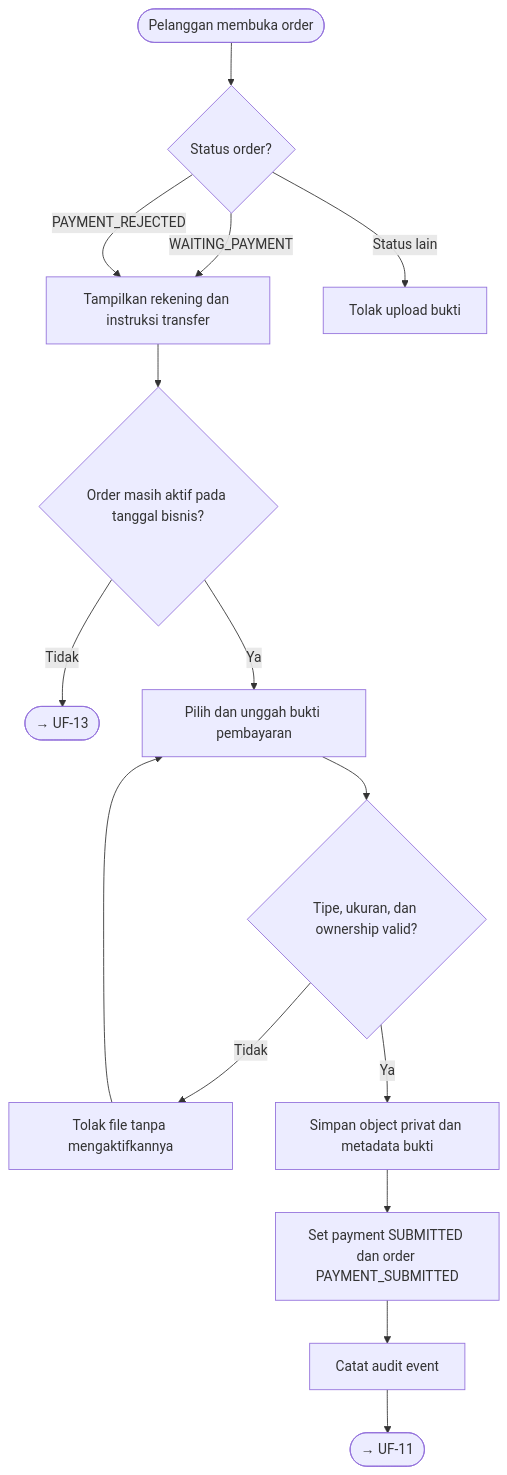
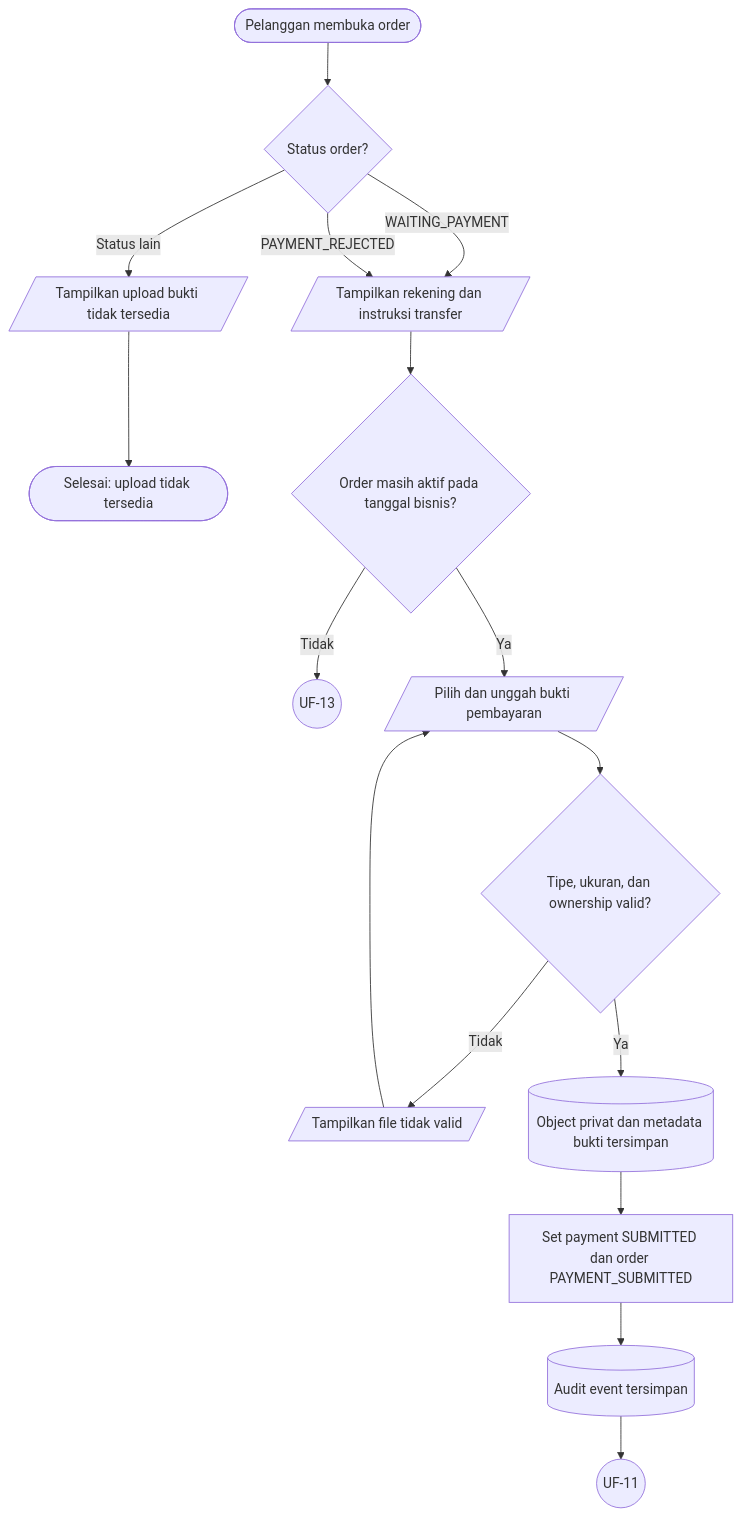
Before and after one commit to Webekspres/pixel-komunika: the tenth of 18 diagrams in docs/design/USER_FLOWS.md, drawn with Mermaid. The commit also changed other lines of this file, not shown here.

Commit message:
docs: standardize user flow notation

````diff
--- a/docs/design/USER_FLOWS.md
+++ b/docs/design/USER_FLOWS.md
@@ -317,20 +343,21 @@
 ```mermaid
 flowchart TD
-    A([Pelanggan membuka order]) --> B{"Status order?"}
-    B -->|WAITING_PAYMENT| C["Tampilkan rekening dan instruksi transfer"]
+    A(["Pelanggan membuka order"]) --> B{"Status order?"}
+    B -->|WAITING_PAYMENT| C[/"Tampilkan rekening dan instruksi transfer"/]
     B -->|PAYMENT_REJECTED| C
-    B -->|Status lain| D["Tolak upload bukti"]
+    B -->|Status lain| D[/"Tampilkan upload bukti tidak tersedia"/]
+    D --> D1(["Selesai: upload tidak tersedia"])
     C --> E{"Order masih aktif pada tanggal bisnis?"}
-    E -->|Tidak| C_UF13(["→ UF-13"])
-    E -->|Ya| F["Pilih dan unggah bukti pembayaran"]
+    E -->|Tidak| C_UF13((UF-13))
+    E -->|Ya| F[/"Pilih dan unggah bukti pembayaran"/]
     F --> G{"Tipe, ukuran, dan ownership valid?"}
-    G -->|Tidak| H["Tolak file tanpa mengaktifkannya"]
+    G -->|Tidak| H[/"Tampilkan file tidak valid"/]
     H --> F
-    G -->|Ya| I["Simpan object privat dan metadata bukti"]
+    G -->|Ya| I[("Object privat dan metadata bukti tersimpan")]
     I --> J["Set payment SUBMITTED dan order PAYMENT_SUBMITTED"]
-    J --> K["Catat audit event"]
-    K --> C_UF11(["→ UF-11"])
+    J --> K[("Audit event tersimpan")]
+    K --> C_UF11((UF-11))
 
     click C_UF11 "#uf-11-verifikasi-pembayaran"
     click C_UF13 "#uf-13-pembatalan-dan-retur-pos"
 ```
````
